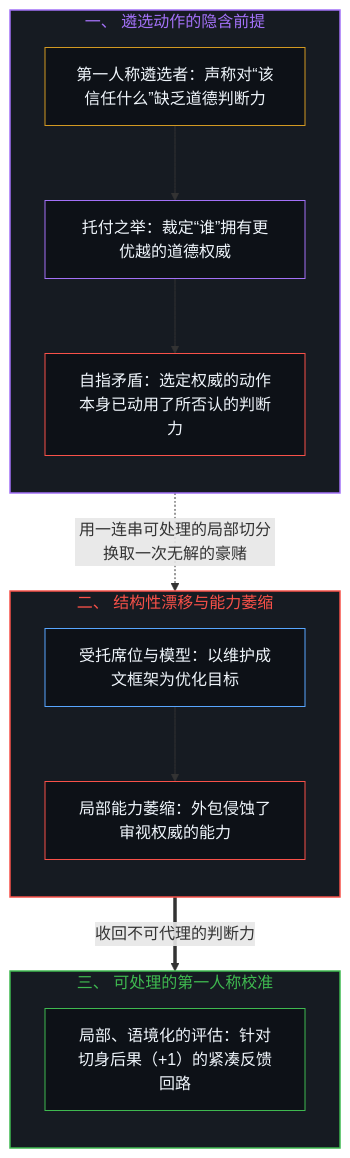
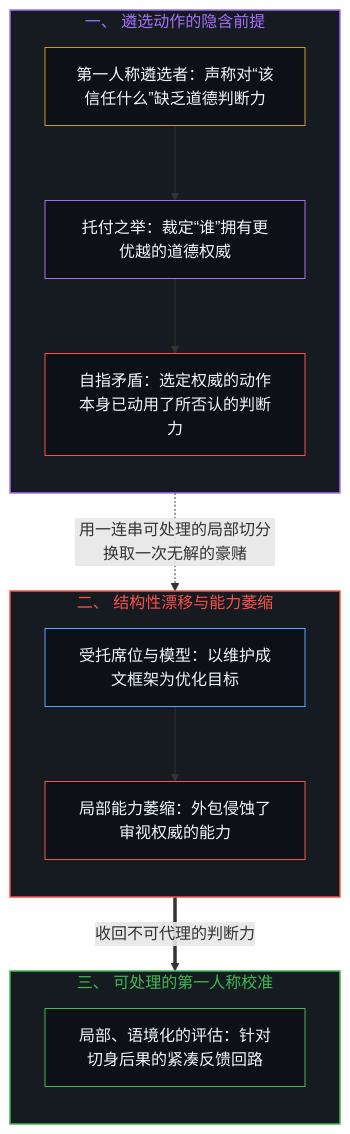
One commit to powerpig99/not-a-toe changed the first of 2 diagrams in content/posts/recursive-contradiction-of-entrusted-morality.md. Above: the diagram before and after it, drawn with Mermaid. The commit also changed other lines of this file and 3 other files, not shown here.

````diff
--- a/content/posts/recursive-contradiction-of-entrusted-morality.md
+++ b/content/posts/recursive-contradiction-of-entrusted-morality.md
@@ -19,31 +19,31 @@
 ```mermaid
 flowchart TD
     subgraph S_Select["一、 遴选动作的隐含前提"]
         direction TB
         M_Judge["第一人称遴选者：声称对“该信任什么”缺乏道德判断力"]
         M_Pick["托付之举：裁定“谁”拥有更优越的道德权威"]
         M_Para["自指矛盾：选定权威的动作本身已动用了所否认的判断力"]
         M_Judge --> M_Pick --> M_Para
     end
     subgraph S_Drift["二、 结构性漂移与能力萎缩"]
         direction TB
         D_Codify["受托席位与模型：以维护成文框架为优化目标"]
         D_Decay["局部能力萎缩：外包侵蚀了审视权威的能力"]
         D_Codify --> D_Decay
     end
     subgraph S_Local["三、 可处理的第一人称校准"]
         direction TB
-        L_Edge["局部、语境化的评估：针对切身后果（+1）的紧凑反馈回路"]
+        L_Edge["局部、语境化的评估：针对切身后果的紧凑反馈回路"]
     end
     M_Para -.->|"用一连串可处理的局部切分换取一次无解的豪赌"| D_Codify
     D_Decay ==>|"收回不可代理的判断力"| L_Edge
     style S_Select fill:#161b22,stroke:#a371f7,stroke-width:1.5px,color:#a371f7
     style S_Drift fill:#161b22,stroke:#f85149,stroke-width:1.5px,color:#f85149
     style S_Local fill:#161b22,stroke:#3fb950,stroke-width:1.5px,color:#3fb950
     style M_Judge fill:#0d1117,stroke:#d29922,stroke-width:1px,color:#f0f6fc
     style M_Pick fill:#0d1117,stroke:#a371f7,stroke-width:1px,color:#f0f6fc
     style M_Para fill:#0d1117,stroke:#f85149,stroke-width:1px,color:#f0f6fc
     style D_Codify fill:#0d1117,stroke:#58a6ff,stroke-width:1px,color:#f0f6fc
     style D_Decay fill:#0d1117,stroke:#f85149,stroke-width:1px,color:#f0f6fc
     style L_Edge fill:#0d1117,stroke:#3fb950,stroke-width:1px,color:#f0f6fc
 ```
````
